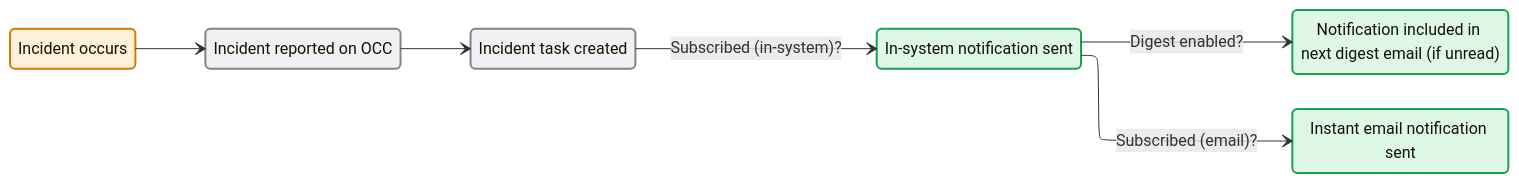
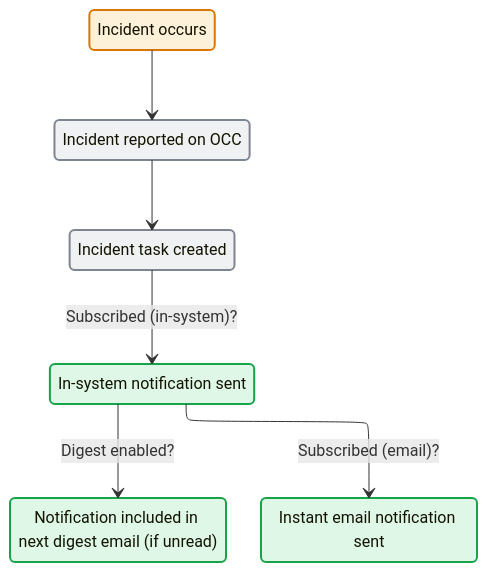
One commit to opus-safety/opus-knowledge-base changed the diagram in docs/drafts/subscriptions.md. Above: the diagram before and after it, drawn with Mermaid.

Commit message:
Update subscriptions
Published via More Buttons Chrome Extension

````diff
--- a/docs/drafts/subscriptions.md
+++ b/docs/drafts/subscriptions.md
@@ -24,25 +24,25 @@
     ```mermaid
     ---
     config:
       layout: elk
     ---
     stateDiagram
-      direction LR
+      direction TB
       classDef trigger stroke:#d97706,fill:#f59e0b26,stroke-width:2px;
       classDef question stroke:#7d8590,fill:#9ca3af26,stroke-width:2px;
       classDef action stroke:#16a34a,fill:#22c55e26,stroke-width:2px;
       s1 --> s2:<br>
       s2 --> s4:<br>
       s4 --> s6:Subscribed (in-system)?
       s6 --> s9:Digest enabled?
       s6 --> s8:Subscribed (email)?
       s1:Incident occurs
       s2:Incident reported on OCC
       s4:Incident task created
       s6:In-system notification sent
       s9:Notification included in next digest email (if unread)
       s8:Instant email notification sent
       class s1 trigger
       class s2,s4 question
       class s6,s9,s8 action
     ```
````
